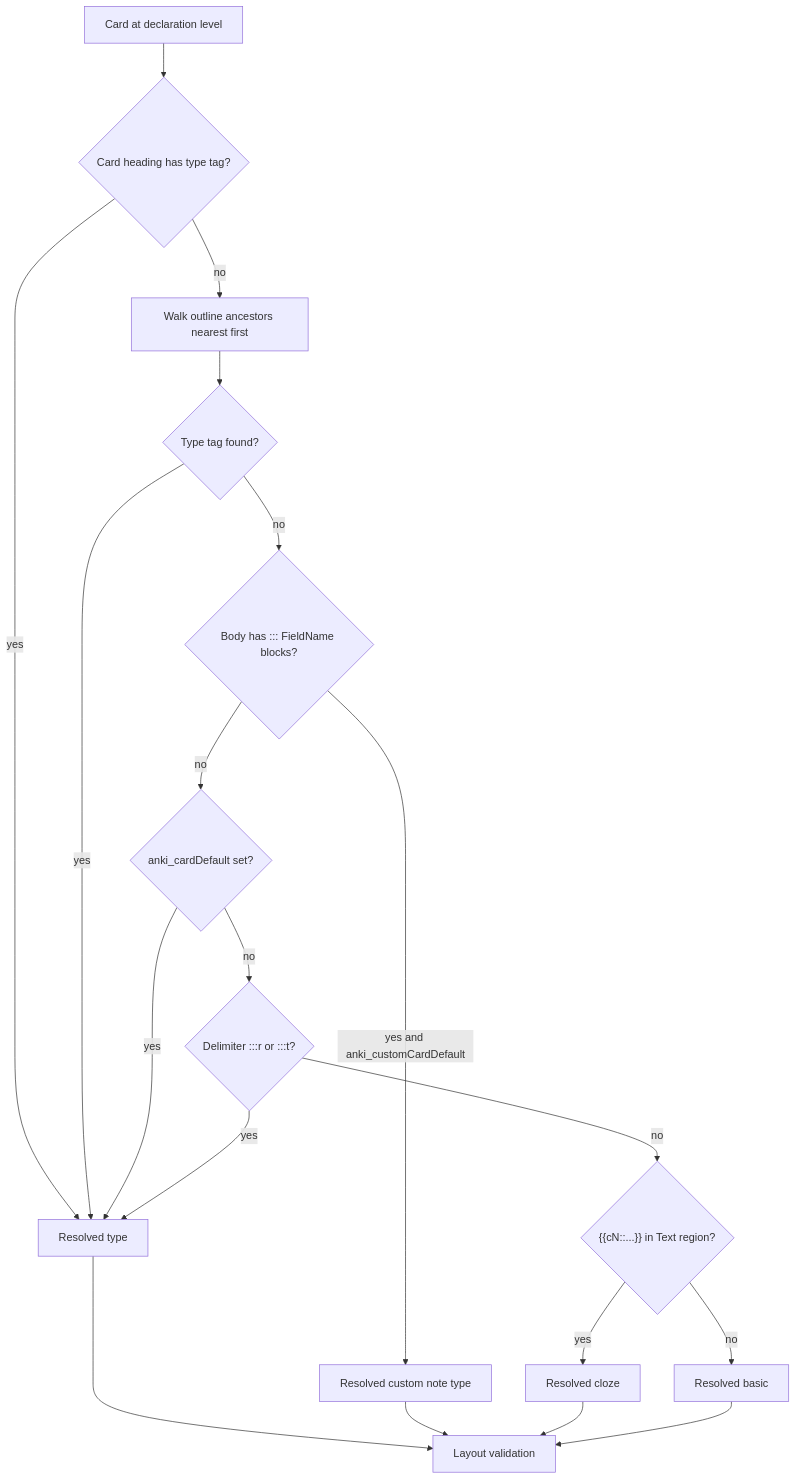
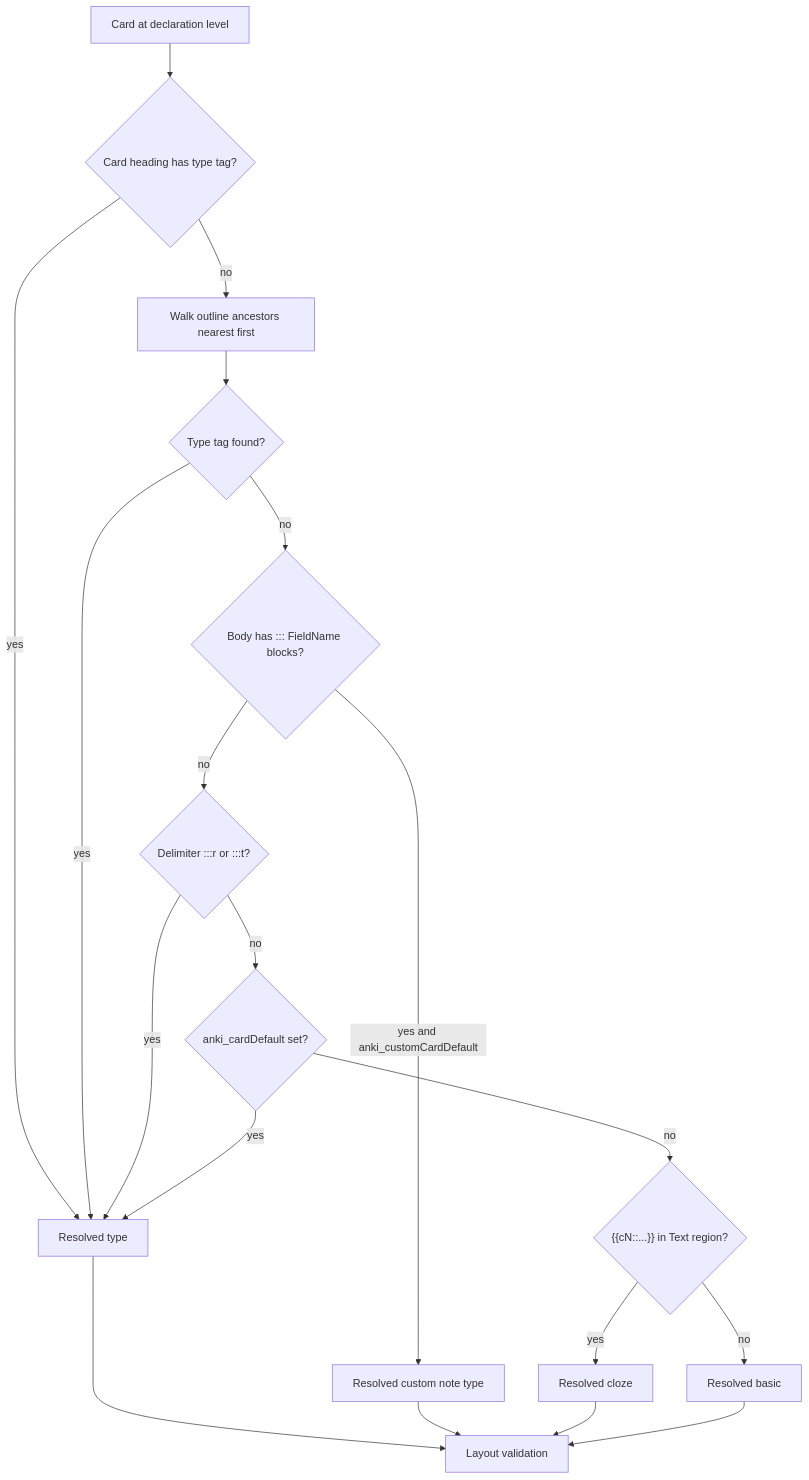
Before and after one commit to zunaidFarouque/Obsidian-Anki-AST-Engine: the diagram in Docs/DECIDING/Card-Syntax-Spec.md, drawn with Mermaid. The commit also changed other lines of this file and 56 other files, not shown here.

````diff
--- a/Docs/DECIDING/Card-Syntax-Spec.md
+++ b/Docs/DECIDING/Card-Syntax-Spec.md
@@ -316,21 +317,21 @@
 ```mermaid
 flowchart TD
   start[Card at declaration level] --> step1{Card heading has type tag?}
   step1 -->|yes| resolved[Resolved type]
   step1 -->|no| step2[Walk outline ancestors nearest first]
   step2 --> found{Type tag found?}
   found -->|yes| resolved
   found -->|no| step3{Body has ::: FieldName blocks?}
   step3 -->|yes and anki_customCardDefault| resolvedCustom[Resolved custom note type]
-  step3 -->|no| step4{anki_cardDefault set?}
+  step3 -->|no| step4{Delimiter :::r or :::t?}
   step4 -->|yes| resolved
-  step4 -->|no| step5{Delimiter :::r or :::t?}
+  step4 -->|no| step5{anki_cardDefault set?}
   step5 -->|yes| resolved
   step5 -->|no| step6{"{{cN::...}} in Text region?"}
   step6 -->|yes| resolvedCloze[Resolved cloze]
   step6 -->|no| basicDefault[Resolved basic]
   resolved --> validate[Layout validation]
   resolvedCustom --> validate
   resolvedCloze --> validate
   basicDefault --> validate
 ```
````
